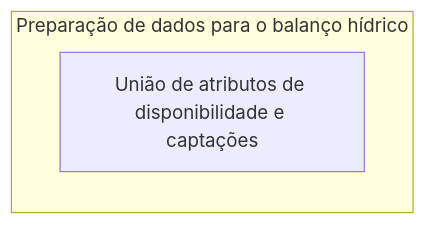
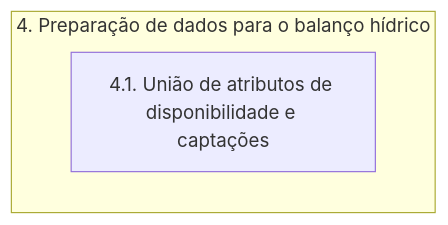
The fifth of 6 diagrams in pyqgis/documentacao.md (brunoguterres/ParaibaHidroGIS), drawn with Mermaid before and after one commit. The commit also changed other lines of this file and 2 other files, not shown here.

````diff
--- a/pyqgis/documentacao.md
+++ b/pyqgis/documentacao.md
@@ -205,6 +245,6 @@
 ```mermaid
     flowchart TD
-    subgraph A[Preparação de dados para o balanço hídrico]
-        B[União de atributos de disponibilidade e captações]
+    subgraph A[4. Preparação de dados para o balanço hídrico]
+        B[4.1. União de atributos de disponibilidade e captações]
     end
 ```
````
